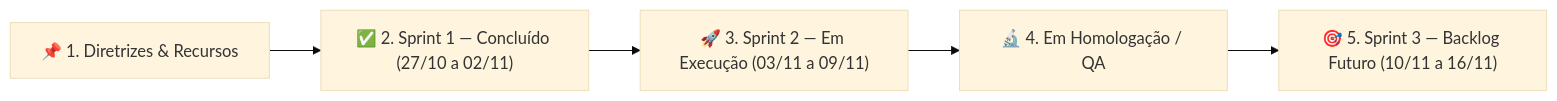
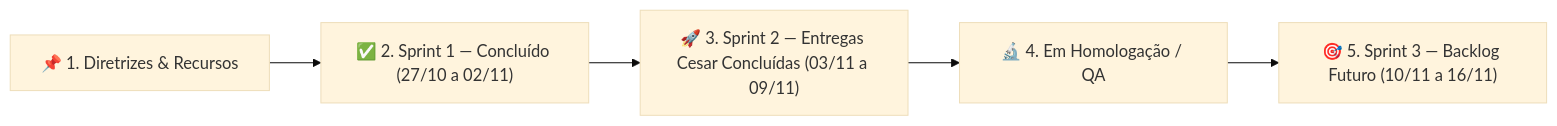
Before and after one commit to LuisRouth/Estagio-Fatec: the diagram in docs/quadro_trello_equipe.md, drawn with Mermaid (base theme). The commit also changed other lines of this file and 26 other files, not shown here.

````diff
--- a/docs/quadro_trello_equipe.md
+++ b/docs/quadro_trello_equipe.md
@@ -27,7 +27,7 @@
 ```mermaid
 flowchart LR
     L1["📌 1. Diretrizes & Recursos"] --> L2["✅ 2. Sprint 1 — Concluído (27/10 a 02/11)"]
-    L2 --> L3["🚀 3. Sprint 2 — Em Execução (03/11 a 09/11)"]
+    L2 --> L3["🚀 3. Sprint 2 — Entregas Cesar Concluídas (03/11 a 09/11)"]
     L3 --> L4["🔬 4. Em Homologação / QA"]
     L4 --> L5["🎯 5. Sprint 3 — Backlog Futuro (10/11 a 16/11)"]
 ```
````
